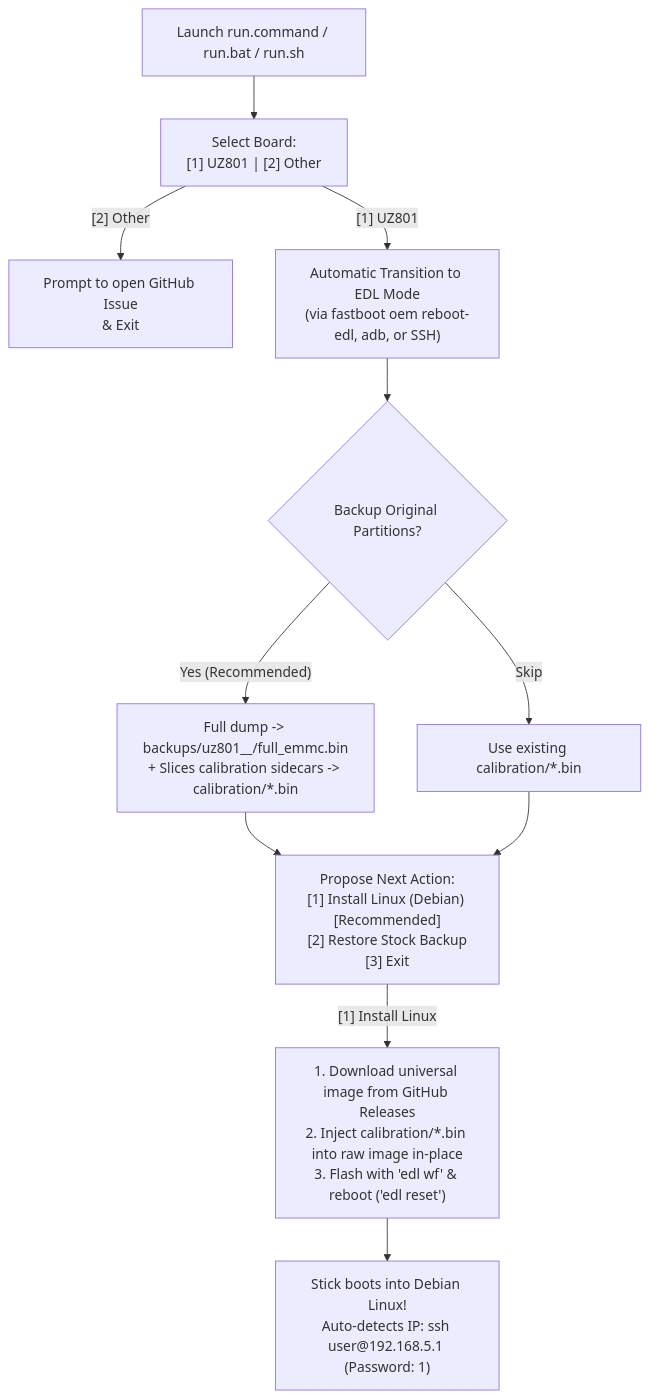
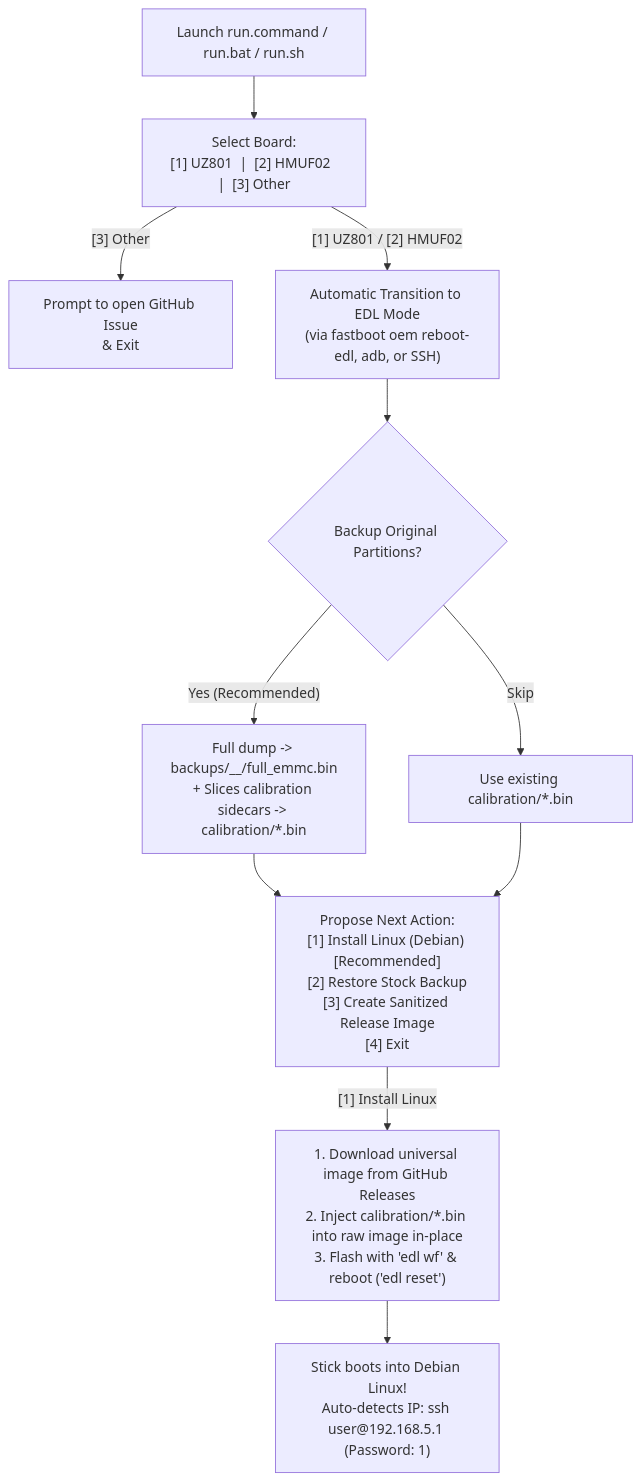
One commit to Basistiy/openstick-installer changed the diagram in README.md. Above: the diagram before and after it, drawn with Mermaid. The commit also changed other lines of this file and 12 other files, not shown here.

````diff
--- a/README.md
+++ b/README.md
@@ -64,13 +71,13 @@
 ```mermaid
 flowchart TD
-    A["Launch run.command / run.bat / run.sh"] --> B["Select Board:\n[1] UZ801  |  [2] Other"]
-    B -->|"[2] Other"| C["Prompt to open GitHub Issue\n& Exit"]
-    B -->|"[1] UZ801"| D["Automatic Transition to EDL Mode\n(via fastboot oem reboot-edl, adb, or SSH)"]
+    A["Launch run.command / run.bat / run.sh"] --> B["Select Board:\n[1] UZ801  |  [2] HMUF02  |  [3] Other"]
+    B -->|"[3] Other"| C["Prompt to open GitHub Issue\n& Exit"]
+    B -->|"[1] UZ801 / [2] HMUF02"| D["Automatic Transition to EDL Mode\n(via fastboot oem reboot-edl, adb, or SSH)"]
     D --> E{"Backup Original Partitions?"}
-    E -->|"Yes (Recommended)"| F["Full dump -> backups/uz801_<ts>_<imei>/full_emmc.bin\n+ Slices calibration sidecars -> calibration/*.bin"]
+    E -->|"Yes (Recommended)"| F["Full dump -> backups/<board>_<ts>_<imei>/full_emmc.bin\n+ Slices calibration sidecars -> calibration/*.bin"]
     E -->|"Skip"| G["Use existing calibration/*.bin"]
-    F --> H["Propose Next Action:\n[1] Install Linux (Debian) [Recommended]\n[2] Restore Stock Backup\n[3] Exit"]
+    F --> H["Propose Next Action:\n[1] Install Linux (Debian) [Recommended]\n[2] Restore Stock Backup\n[3] Create Sanitized Release Image\n[4] Exit"]
     G --> H
     H -->|"[1] Install Linux"| I["1. Download universal image from GitHub Releases\n2. Inject calibration/*.bin into raw image in-place\n3. Flash with 'edl wf' & reboot ('edl reset')"]
     I --> J["Stick boots into Debian Linux!\nAuto-detects IP: ssh user@192.168.5.1 (Password: 1)"]
 ```
````
